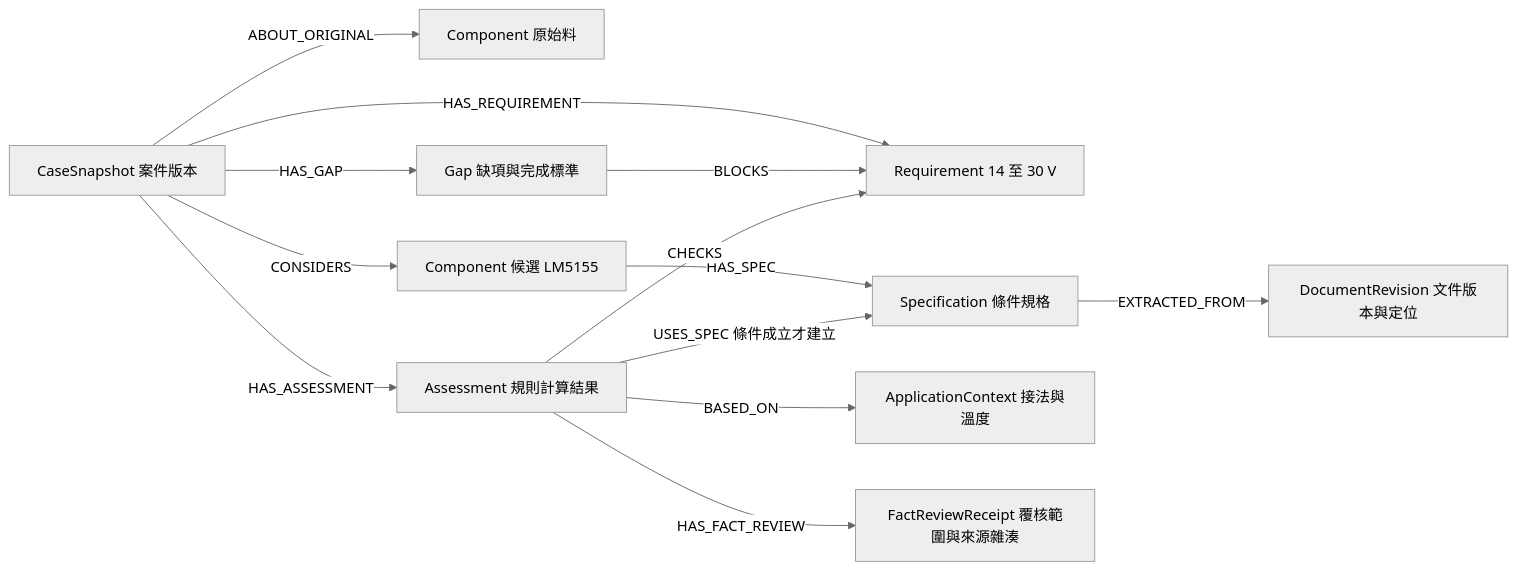
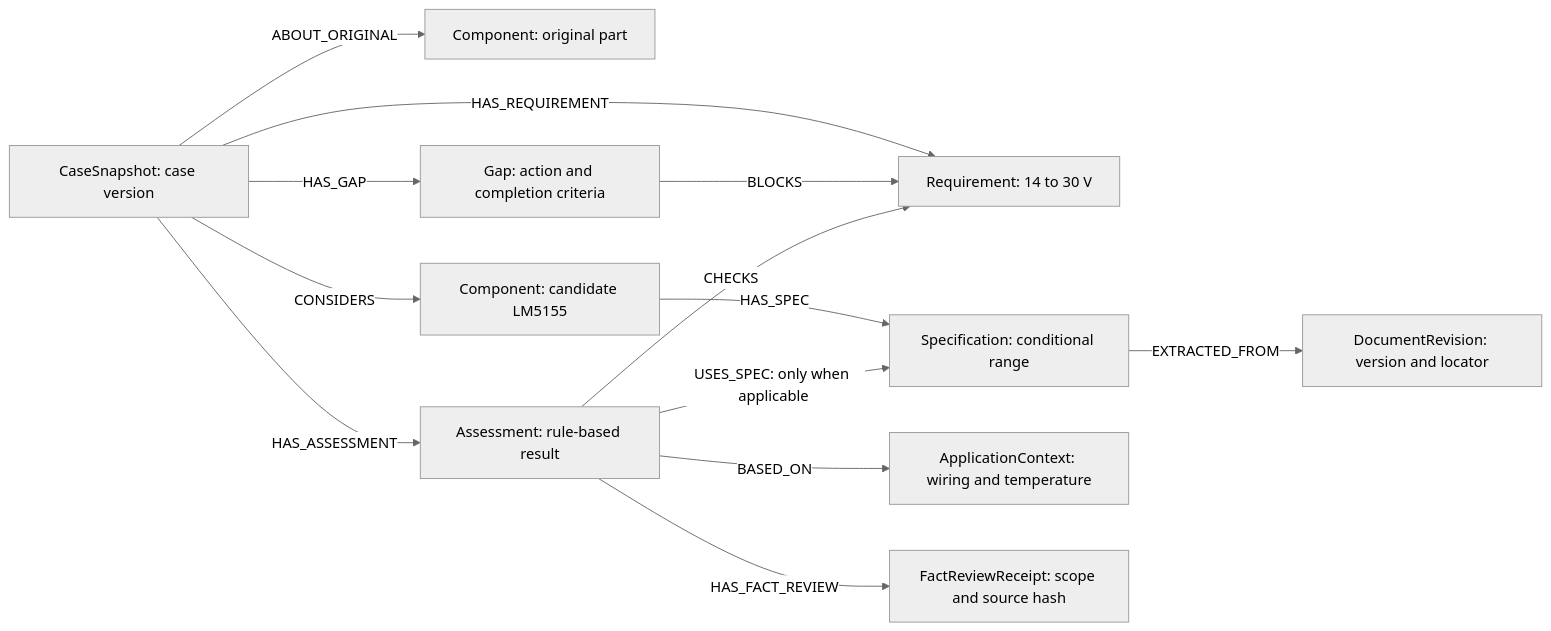
One commit to quietbranch88/bom-change-review changed the first of 4 diagrams in docs/architecture.md. Above: the diagram before and after it, drawn with Mermaid (neutral theme). The commit also changed other lines of this file and 22 other files, not shown here.

Commit message:
docs: translate public documentation and diagrams

````diff
--- a/docs/architecture.md
+++ b/docs/architecture.md
@@ -9,15 +9,15 @@
 ```mermaid
 flowchart LR
-    C[CaseSnapshot 案件版本] -->|ABOUT_ORIGINAL| O[Component 原始料]
-    C -->|CONSIDERS| P[Component 候選 LM5155]
-    C -->|HAS_REQUIREMENT| R[Requirement 14 至 30 V]
-    P -->|HAS_SPEC| S[Specification 條件規格]
-    S -->|EXTRACTED_FROM| D[DocumentRevision 文件版本與定位]
-    C -->|HAS_GAP| G[Gap 缺項與完成標準]
+    C[CaseSnapshot: case version] -->|ABOUT_ORIGINAL| O[Component: original part]
+    C -->|CONSIDERS| P[Component: candidate LM5155]
+    C -->|HAS_REQUIREMENT| R[Requirement: 14 to 30 V]
+    P -->|HAS_SPEC| S[Specification: conditional range]
+    S -->|EXTRACTED_FROM| D[DocumentRevision: version and locator]
+    C -->|HAS_GAP| G[Gap: action and completion criteria]
     G -->|BLOCKS| R
-    C -->|HAS_ASSESSMENT| A[Assessment 規則計算結果]
+    C -->|HAS_ASSESSMENT| A[Assessment: rule-based result]
     A -->|CHECKS| R
-    A -->|BASED_ON| X[ApplicationContext 接法與溫度]
-    A -->|HAS_FACT_REVIEW| F[FactReviewReceipt 覆核範圍與來源雜湊]
-    A -->|USES_SPEC 條件成立才建立| S
+    A -->|BASED_ON| X[ApplicationContext: wiring and temperature]
+    A -->|HAS_FACT_REVIEW| F[FactReviewReceipt: scope and source hash]
+    A -->|USES_SPEC: only when applicable| S
 ```
````
